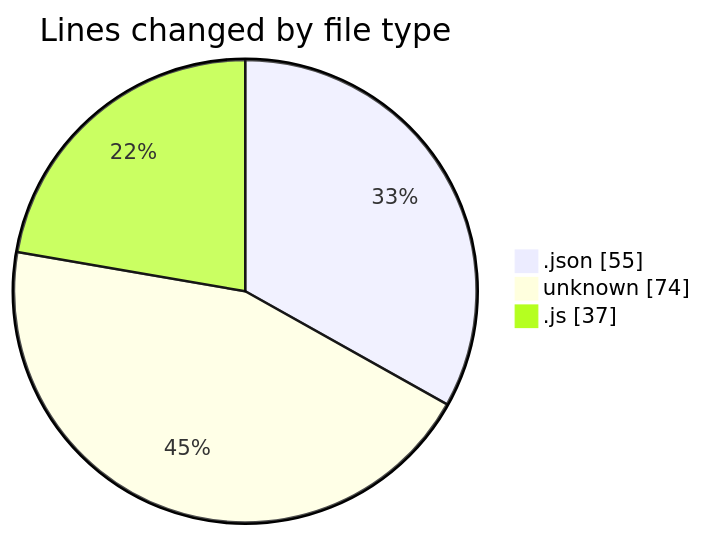
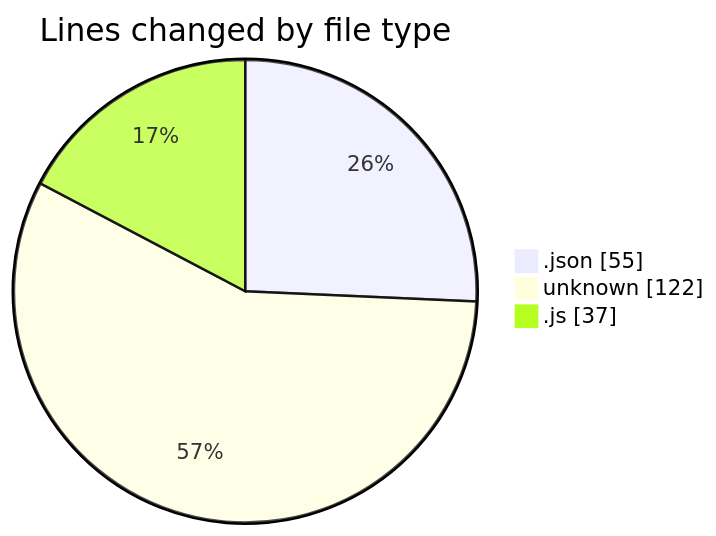
Before and after one commit to momahboobian/code-tracking: the first of 2 diagrams in 2025-01-30/good-pr/README.md, drawn with Mermaid. The commit also changed other lines of this file and 1 other file, not shown here.

````diff
--- a/2025-01-30/good-pr/README.md
+++ b/2025-01-30/good-pr/README.md
@@ -23,7 +24,7 @@
 ```mermaid
 pie showData
 title Lines changed by file type
 ".json" : 55
-"unknown" : 74
+"unknown" : 122
 ".js" : 37
 ```
````
